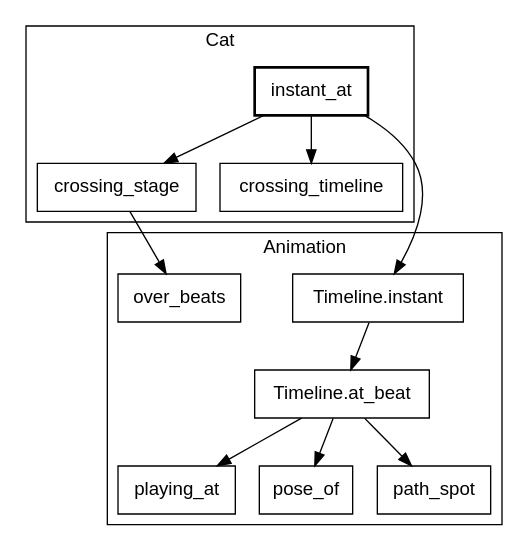
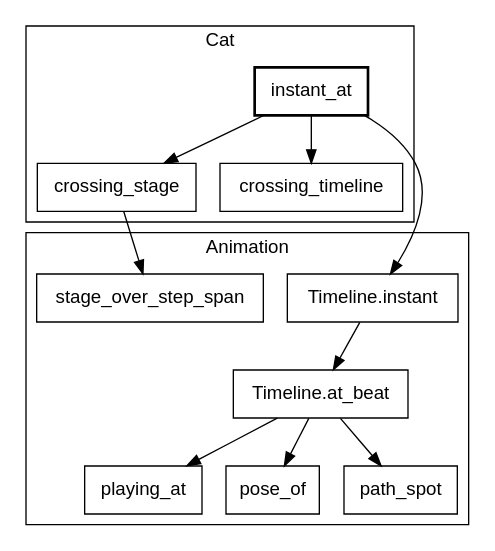
Diagram 18 of 30 in canvas_apps/safari/tutorial/tutorial.md (showell/roc-apps), drawn with Graphviz before and after one commit. The commit also changed other lines of this file and 39 other files, not shown here.

````diff
--- a/canvas_apps/safari/tutorial/tutorial.md
+++ b/canvas_apps/safari/tutorial/tutorial.md
@@ -1668,29 +1668,29 @@
 ```dot
 digraph cat_calls {
   node [shape=box, fontname="Helvetica"];
   fontname="Helvetica";
   subgraph cluster_cat {
     label="Cat";
     instant_at [style=bold];
     crossing_stage;
     crossing_timeline;
   }
   subgraph cluster_animation {
     label="Animation";
-    over_beats;
+    stage_over_step_span;
     instant [label="Timeline.instant"];
     at_beat [label="Timeline.at_beat"];
     playing_at;
     pose_of;
     path_spot;
   }
   instant_at -> crossing_stage;
   instant_at -> crossing_timeline;
   instant_at -> instant;
-  crossing_stage -> over_beats;
+  crossing_stage -> stage_over_step_span;
   instant -> at_beat;
   at_beat -> playing_at;
   at_beat -> pose_of;
   at_beat -> path_spot;
 }
 ```
````
